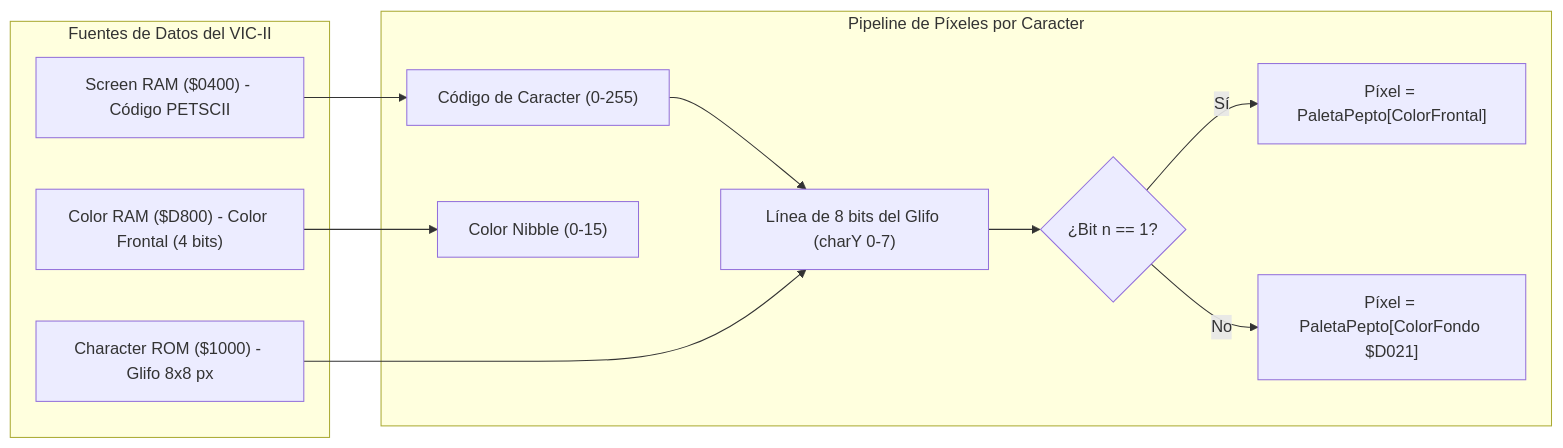
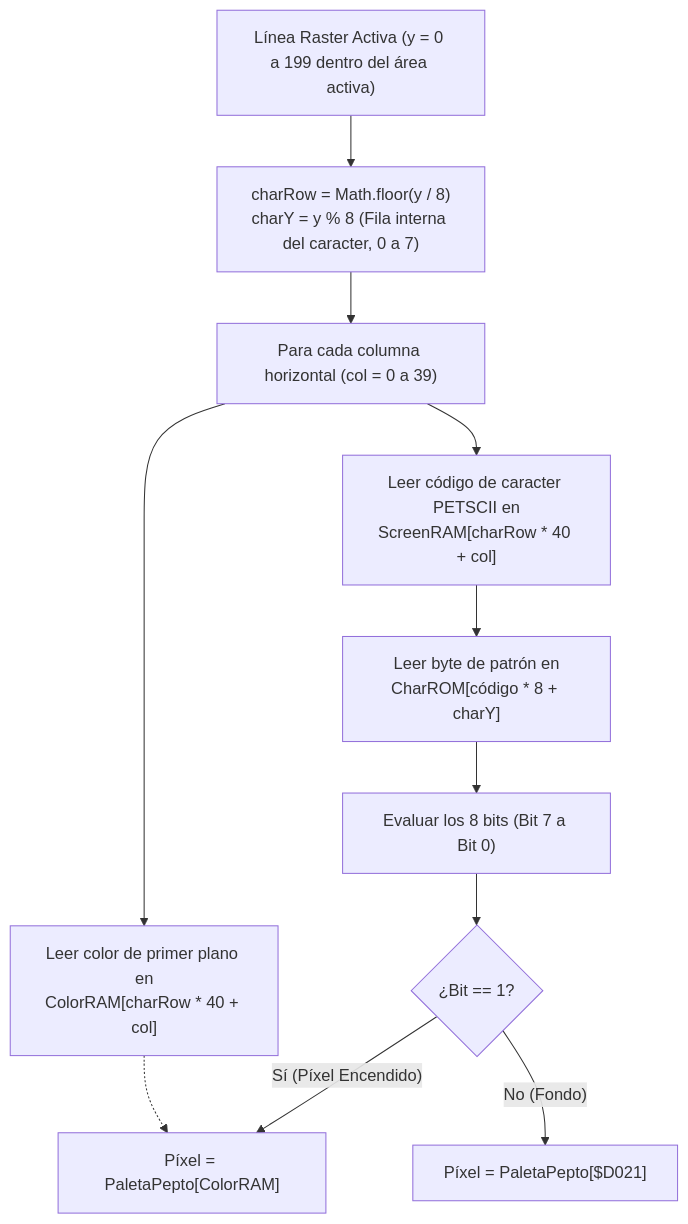
The fifth of 6 diagrams in DIARIO.md (RafxDev/C64-Web), drawn with Mermaid before and after one commit. The commit also changed other lines of this file, not shown here.

Commit message:
Diario actualizado: mejor claridad en lo hecho para futuras, actuales lectores del repositorio, constancia de como he hecho mi trabajo aqui

````diff
--- a/DIARIO.md
+++ b/DIARIO.md
@@ -301,25 +471,13 @@
 ```mermaid
-flowchart LR
-    subgraph MemoriaVideo ["Fuentes de Datos del VIC-II"]
-        ScreenRAM["Screen RAM ($0400) - Código PETSCII"]
-        ColorRAM["Color RAM ($D800) - Color Frontal (4 bits)"]
-        CharROM["Character ROM ($1000) - Glifo 8x8 px"]
-    end
-
-    subgraph PixelPipeline ["Pipeline de Píxeles por Caracter"]
-        Code["Código de Caracter (0-255)"]
-        Color["Color Nibble (0-15)"]
-        Glyph["Línea de 8 bits del Glifo (charY 0-7)"]
-        BitCheck{"¿Bit n == 1?"}
-        FrontColor["Píxel = PaletaPepto[ColorFrontal]"]
-        BackColor["Píxel = PaletaPepto[ColorFondo $D021]"]
-    end
-
-    ScreenRAM --> Code
-    ColorRAM --> Color
-    Code --> Glyph
-    CharROM --> Glyph
-    Glyph --> BitCheck
-    BitCheck -- "Sí" --> FrontColor
-    BitCheck -- "No" --> BackColor
+flowchart TD
+    RasterY["Línea Raster Activa (y = 0 a 199 dentro del área activa)"] --> CalcRow["charRow = Math.floor(y / 8)\ncharY = y % 8 (Fila interna del caracter, 0 a 7)"]
+    CalcRow --> LoopCols["Para cada columna horizontal (col = 0 a 39)"]
+    LoopCols --> FetchScreen["Leer código de caracter PETSCII en\nScreenRAM[charRow * 40 + col]"]
+    LoopCols --> FetchColor["Leer color de primer plano en\nColorRAM[charRow * 40 + col]"]
+    FetchScreen --> FetchGlyphByte["Leer byte de patrón en\nCharROM[código * 8 + charY]"]
+    FetchGlyphByte --> EvaluateBits["Evaluar los 8 bits (Bit 7 a Bit 0)"]
+    EvaluateBits --> Decision{"¿Bit == 1?"}
+    Decision -- "Sí (Píxel Encendido)" --> DrawFG["Píxel = PaletaPepto[ColorRAM]"]
+    Decision -- "No (Fondo)" --> DrawBG["Píxel = PaletaPepto[$D021]"]
+    FetchColor -.-> DrawFG
 ```
````
